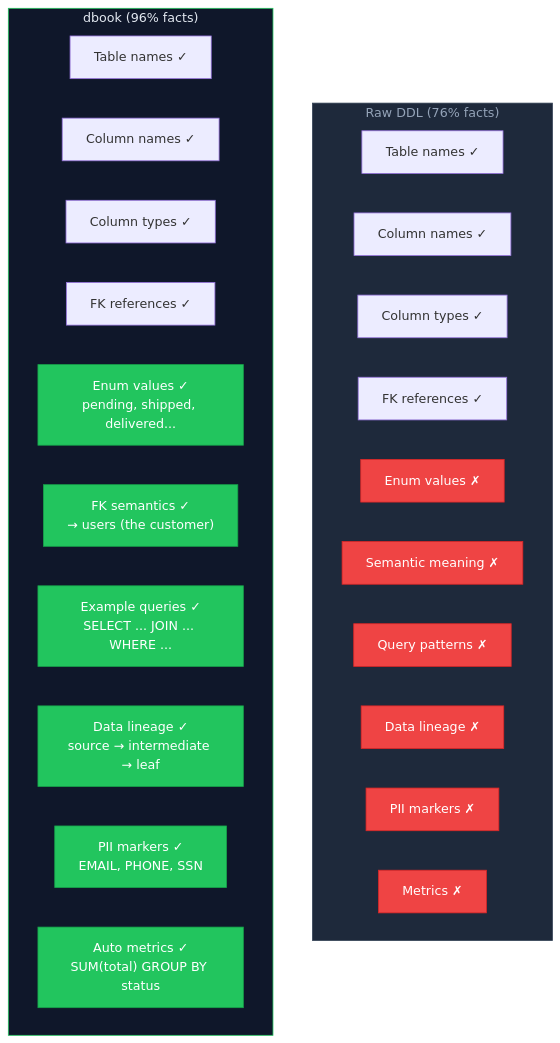
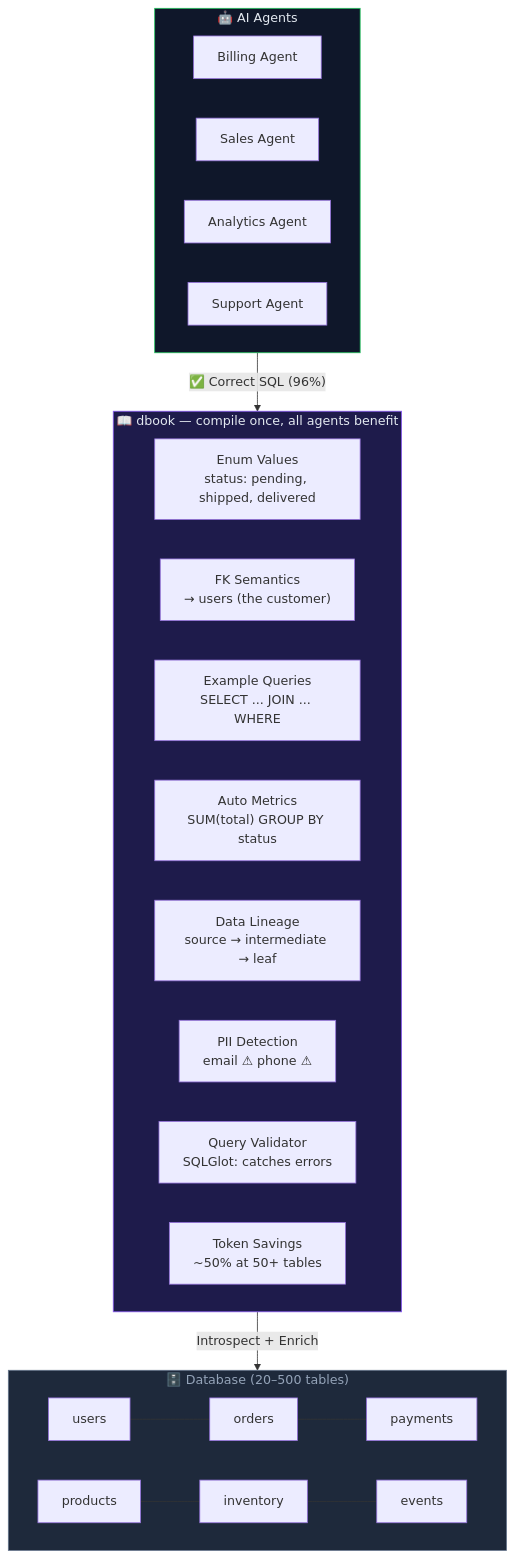
Before and after one commit to ShurikM/dbook: the first of 2 diagrams in README.md, drawn with Mermaid. The commit also changed other lines of this file and 1 other file, not shown here.

Commit message:
docs: compelling architecture diagram with animations
- Interactive HTML diagram with CSS animations showing dbook as intelligence layer
- Animated data flow from DB → dbook → Agents
- Use case cards for billing, sales, analytics, support agents
- Before/after correctness comparison (76% → 96%)
- Simplified Mermaid diagram in README for GitHub rendering

````diff
--- a/README.md
+++ b/README.md
@@ -111,43 +20,33 @@
 ```mermaid
 graph TB
-    subgraph DDL["Raw DDL (76% facts)"]
-        D1[Table names ✓]
-        D2[Column names ✓]
-        D3[Column types ✓]
-        D4[FK references ✓]
-        D5["Enum values ✗"]
-        D6["Semantic meaning ✗"]
-        D7["Query patterns ✗"]
-        D8["Data lineage ✗"]
-        D9["PII markers ✗"]
-        D10["Metrics ✗"]
+    subgraph Agents["🤖 AI Agents"]
+        BA["Billing Agent"]
+        SA["Sales Agent"]
+        AA["Analytics Agent"]
+        CA["Support Agent"]
     end
 
-    subgraph DBOOK["dbook (96% facts)"]
-        B1[Table names ✓]
-        B2[Column names ✓]
-        B3[Column types ✓]
-        B4[FK references ✓]
-        B5["Enum values ✓<br/>pending, shipped, delivered..."]
-        B6["FK semantics ✓<br/>→ users (the customer)"]
-        B7["Example queries ✓<br/>SELECT ... JOIN ... WHERE ..."]
-        B8["Data lineage ✓<br/>source → intermediate → leaf"]
-        B9["PII markers ✓<br/>EMAIL, PHONE, SSN"]
-        B10["Auto metrics ✓<br/>SUM(total) GROUP BY status"]
+    subgraph DBook["📖 dbook — compile once, all agents benefit"]
+        direction LR
+        EV["Enum Values\nstatus: pending, shipped, delivered"]
+        FK["FK Semantics\n→ users (the customer)"]
+        EQ["Example Queries\nSELECT ... JOIN ... WHERE"]
+        MT["Auto Metrics\nSUM(total) GROUP BY status"]
+        LN["Data Lineage\nsource → intermediate → leaf"]
+        PI["PII Detection\nemail ⚠ phone ⚠"]
+        QV["Query Validator\nSQLGlot: catches errors"]
+        TS["Token Savings\n~50% at 50+ tables"]
     end
 
-    style DDL fill:#1e293b,stroke:#334155,color:#94a3b8
-    style DBOOK fill:#0f172a,stroke:#22c55e,color:#e2e8f0
-    style D5 fill:#ef4444,stroke:#dc2626,color:#fff
-    style D6 fill:#ef4444,stroke:#dc2626,color:#fff
-    style D7 fill:#ef4444,stroke:#dc2626,color:#fff
-    style D8 fill:#ef4444,stroke:#dc2626,color:#fff
-    style D9 fill:#ef4444,stroke:#dc2626,color:#fff
-    style D10 fill:#ef4444,stroke:#dc2626,color:#fff
-    style B5 fill:#22c55e,stroke:#16a34a,color:#fff
-    style B6 fill:#22c55e,stroke:#16a34a,color:#fff
-    style B7 fill:#22c55e,stroke:#16a34a,color:#fff
-    style B8 fill:#22c55e,stroke:#16a34a,color:#fff
-    style B9 fill:#22c55e,stroke:#16a34a,color:#fff
-    style B10 fill:#22c55e,stroke:#16a34a,color:#fff
+    subgraph DB["🗄️ Database (20–500 tables)"]
+        T1["users"] --- T2["orders"] --- T3["payments"]
+        T4["products"] --- T5["inventory"] --- T6["events"]
+    end
+
+    Agents -->|"✅ Correct SQL (96%)"| DBook
+    DBook -->|"Introspect + Enrich"| DB
+
+    style Agents fill:#0f172a,stroke:#22c55e,color:#e2e8f0
+    style DBook fill:#1e1b4b,stroke:#8b5cf6,color:#e2e8f0
+    style DB fill:#1e293b,stroke:#64748b,color:#94a3b8
 ```
````
